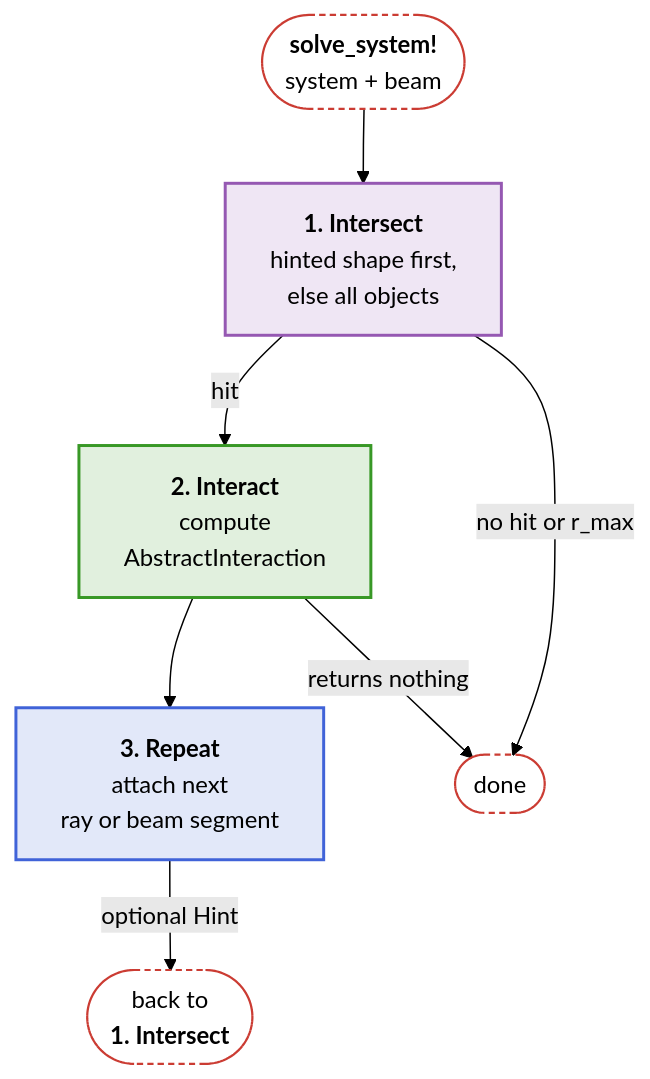
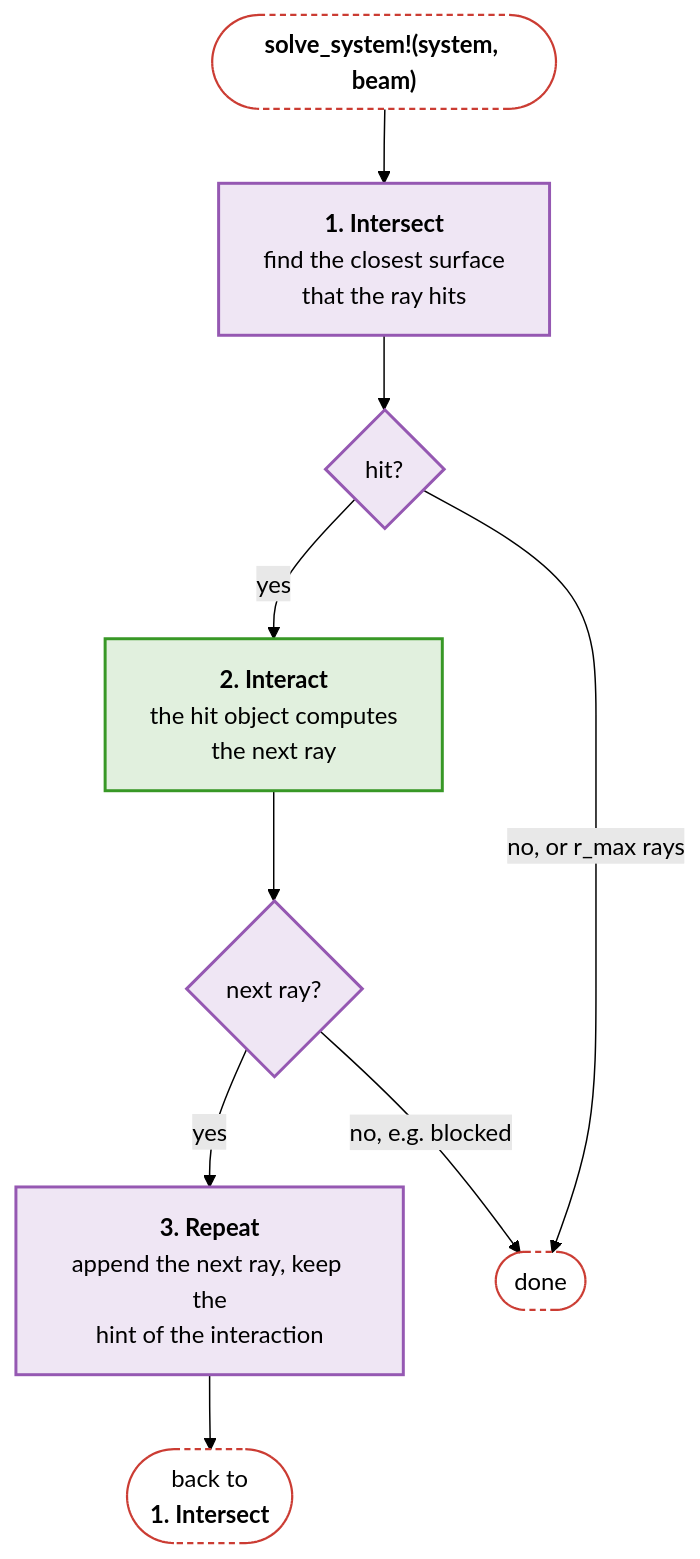
The first of 7 diagrams in docs/src/api/core.md (JuliaPhysics/BeamletOptics.jl), drawn with Mermaid (forest theme) before and after one commit. The commit also changed other lines of this file and 17 other files, not shown here.

````diff
--- a/docs/src/api/core.md
+++ b/docs/src/api/core.md
@@ -15,18 +15,25 @@
 ```mermaid
 flowchart TB
-    S(["<b>solve_system!</b><br/>system + beam"]) --> I
-    I["<b>1. Intersect</b><br/>hinted shape first,<br/>else all objects"] -- hit --> X["<b>2. Interact</b><br/>compute<br/>AbstractInteraction"]
-    X --> R["<b>3. Repeat</b><br/>attach next<br/>ray or beam segment"]
-    R -- "optional Hint" --> B(["back to<br/><b>1. Intersect</b>"])
-    I -- "no hit or r_max" --> E([done])
-    X -- "returns nothing" --> E
+    S(["<b>solve_system!(system, beam)</b>"])
+    I["<b>1. Intersect</b><br/>find the closest surface<br/>that the ray hits"]
+    Q1{"hit?"}
+    X["<b>2. Interact</b><br/>the hit object computes<br/>the next ray"]
+    Q2{"next ray?"}
+    R["<b>3. Repeat</b><br/>append the next ray, keep the<br/>hint of the interaction"]
+    B(["back to<br/><b>1. Intersect</b>"])
+    E(["done"])
+
+    S --> I --> Q1
+    Q1 -- yes --> X --> Q2
+    Q1 -- "no, or r_max rays" --> E
+    Q2 -- yes --> R --> B
+    Q2 -- "no, e.g. blocked" --> E
 
     classDef blue fill:#4063D826,stroke:#4063D8,stroke-width:2px
     classDef green fill:#38982626,stroke:#389826,stroke-width:2px
     classDef purple fill:#9558B226,stroke:#9558B2,stroke-width:2px
     classDef terminal fill:transparent,stroke:#CB3C33,stroke-width:1.5px,stroke-dasharray:4 3
-    class I purple
+    class I,Q1,Q2,R purple
     class X green
-    class R blue
     class S,E,B terminal
 ```
````
